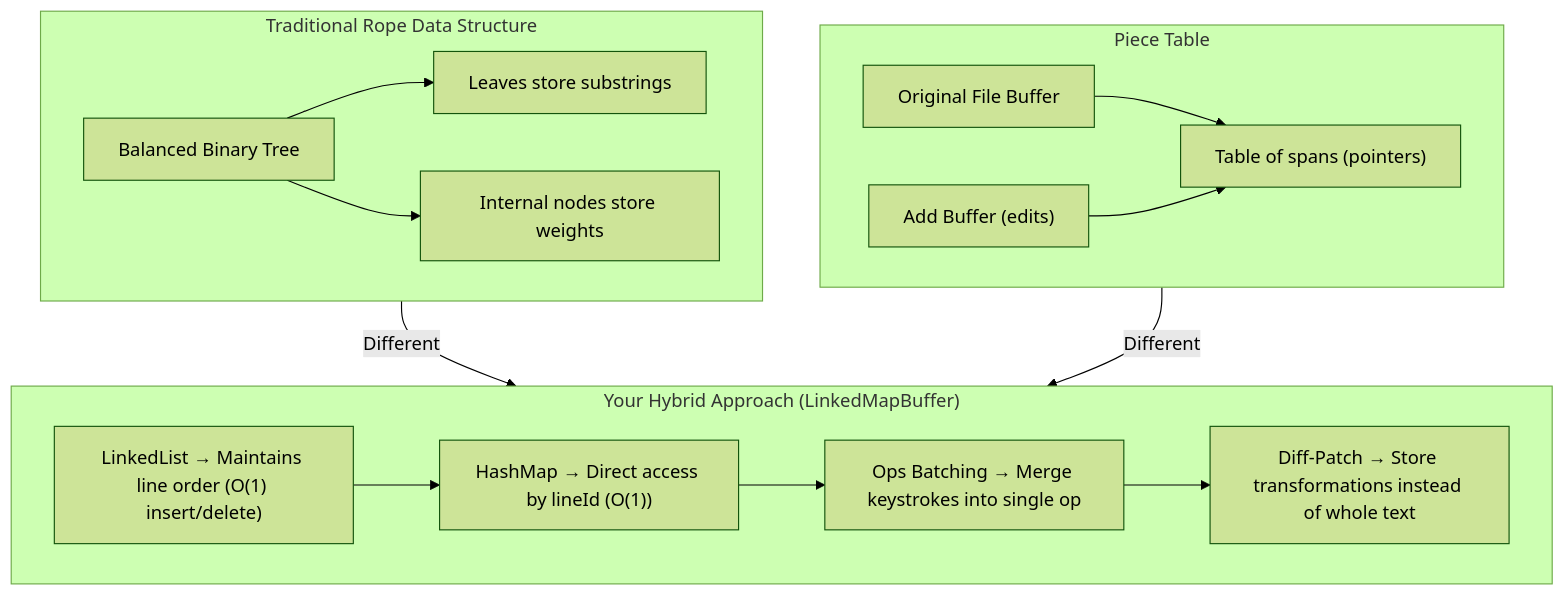
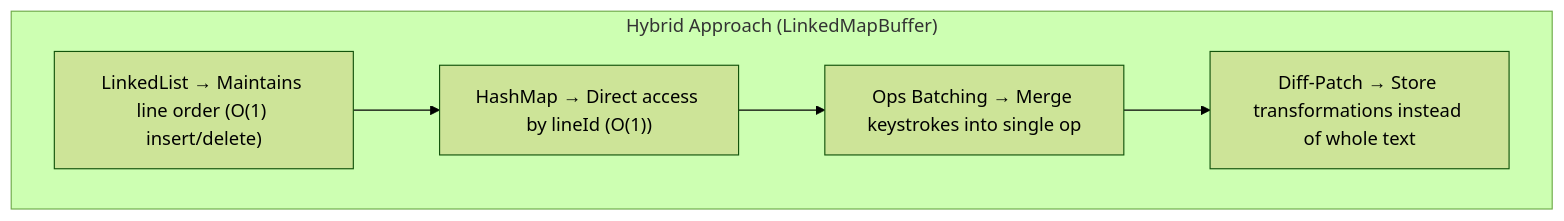
The fifth of 5 diagrams in README.md (hrushi2003/code-editor), drawn with Mermaid (forest theme) before and after one commit.

````diff
--- a/README.md
+++ b/README.md
@@ -139,32 +139,13 @@
 ```mermaid
 flowchart TD
 
-    subgraph Rope["Traditional Rope Data Structure"]
-        A1["Balanced Binary Tree"]
-        A2["Leaves store substrings"]
-        A3["Internal nodes store weights"]
-        A1 --> A2
-        A1 --> A3
-    end
-
-    subgraph PieceTable["Piece Table"]
-        B1["Original File Buffer"]
-        B2["Add Buffer (edits)"]
-        B3["Table of spans (pointers)"]
-        B1 --> B3
-        B2 --> B3
-    end
-
-    subgraph YourAlgo["Your Hybrid Approach (LinkedMapBuffer)"]
+    subgraph YourAlgo["Hybrid Approach (LinkedMapBuffer)"]
         C1["LinkedList → Maintains line order (O(1) insert/delete)"]
         C2["HashMap → Direct access by lineId (O(1))"]
         C3["Ops Batching → Merge keystrokes into single op"]
         C4["Diff-Patch → Store transformations instead of whole text"]
         C1 --> C2
         C2 --> C3
         C3 --> C4
     end
-
-    Rope -->|Different| YourAlgo
-    PieceTable -->|Different| YourAlgo
 ```
````
